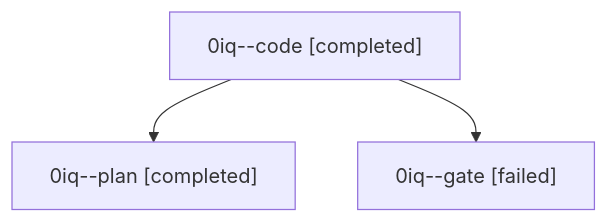
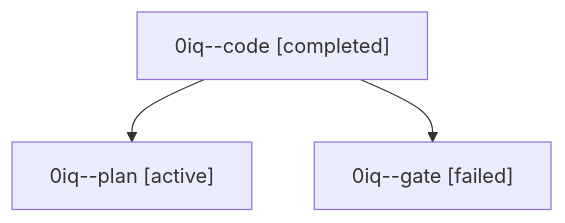
One commit to sase-org/sase--agents changed the diagram in families/bbugyi200.athena.0iq.md. Above: the diagram before and after it, drawn with Mermaid. The commit also changed other lines of this file and 35830 other files, not shown here.

````diff
--- a/families/bbugyi200.athena.0iq.md
+++ b/families/bbugyi200.athena.0iq.md
@@ -9,8 +9,8 @@
 ```mermaid
 flowchart TD
   n0["0iq--code [completed]"]
-  n1["0iq--plan [completed]"]
+  n1["0iq--plan [active]"]
   n0 --> n1
   n2["0iq--gate [failed]"]
   n0 --> n2
 ```
````
